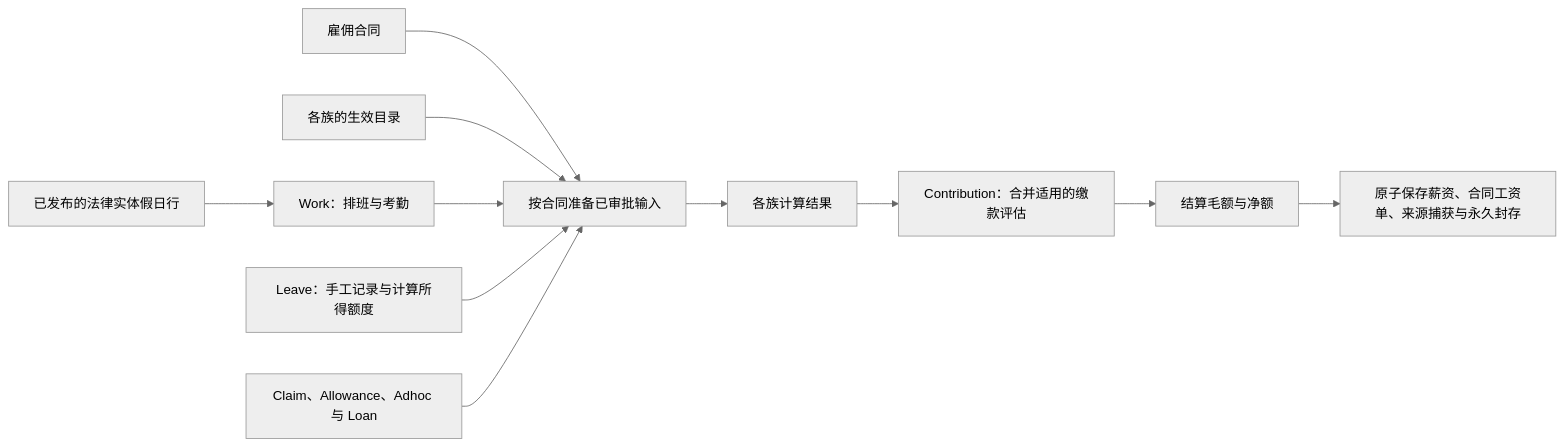
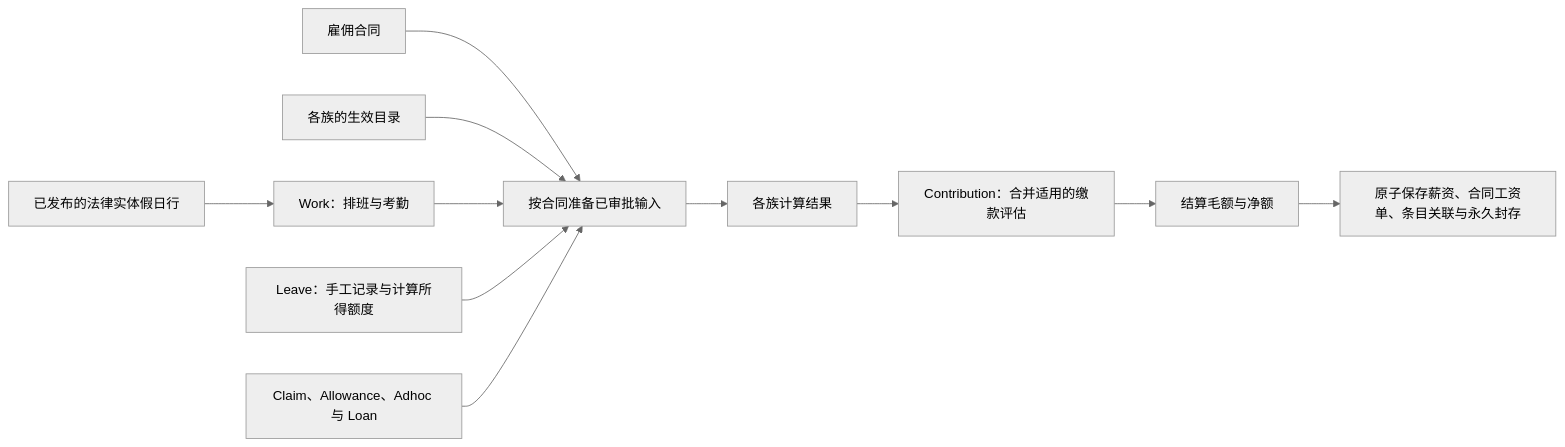
The diagram in hr-payroll/README.zh.md (norbital-ai/templates), drawn with Mermaid (neutral theme) before and after one commit. The commit also changed other lines of this file and 357 other files, not shown here.

````diff
--- a/hr-payroll/README.zh.md
+++ b/hr-payroll/README.zh.md
@@ -13,13 +13,13 @@
 ```mermaid
 flowchart LR
     Contract[雇佣合同] --> Prepare[按合同准备已审批输入]
     Catalog[各族的生效目录] --> Prepare
     Holidays[已发布的法律实体假日行] --> Work[Work：排班与考勤]
     Work --> Prepare
     Leave[Leave：手工记录与计算所得额度] --> Prepare
     Money[Claim、Allowance、Adhoc 与 Loan] --> Prepare
     Prepare --> Calculate[各族计算结果]
     Calculate --> Contribution[Contribution：合并适用的缴款评估]
     Contribution --> Settle[结算毛额与净额]
-    Settle --> Commit[原子保存薪资、合同工资单、来源捕获与永久封存]
+    Settle --> Commit[原子保存薪资、合同工资单、条目关联与永久封存]
 ```
````
